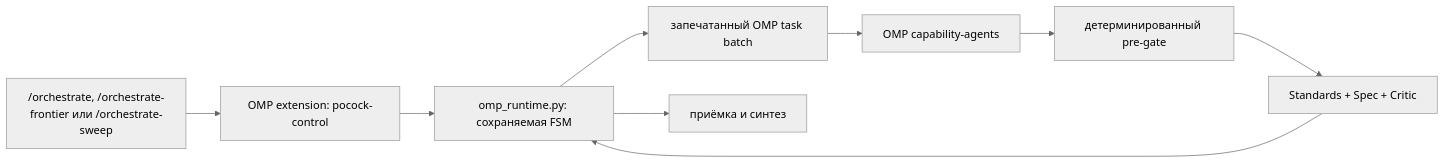
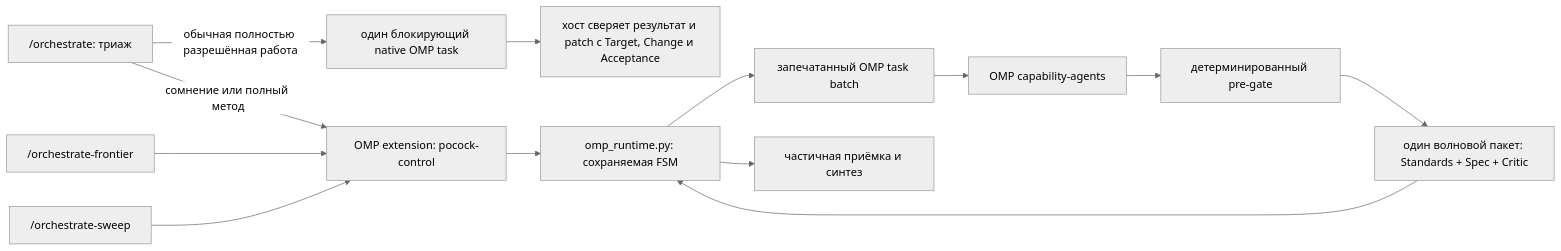
The diagram in README.md (shah1git/claude-orchestrate), drawn with Mermaid (neutral theme) before and after one commit. The commit also changed other lines of this file and 14 other files, not shown here.

````diff
--- a/README.md
+++ b/README.md
@@ -43,11 +52,15 @@
 ```mermaid
 flowchart LR
-    H["/orchestrate, /orchestrate-frontier или /orchestrate-sweep"] --> C["OMP extension: pocock-control"]
+    O["/orchestrate: триаж"] -->|обычная полностью разрешённая работа| D["один блокирующий native OMP task"]
+    D --> H["хост сверяет результат и patch с Target, Change и Acceptance"]
+    O -->|сомнение или полный метод| C["OMP extension: pocock-control"]
+    F["/orchestrate-frontier"] --> C
+    W["/orchestrate-sweep"] --> C
     C --> R["omp_runtime.py: сохраняемая FSM"]
-    R --> D["запечатанный OMP task batch"]
-    D --> A["OMP capability-agents"]
-    A --> P["детерминированный pre-gate"]
-    P --> L["Standards + Spec + Critic"]
+    R --> P["запечатанный OMP task batch"]
+    P --> A["OMP capability-agents"]
+    A --> G["детерминированный pre-gate"]
+    G --> L["один волновой пакет: Standards + Spec + Critic"]
     L --> R
-    R --> S["приёмка и синтез"]
+    R --> S["частичная приёмка и синтез"]
 ```
````
